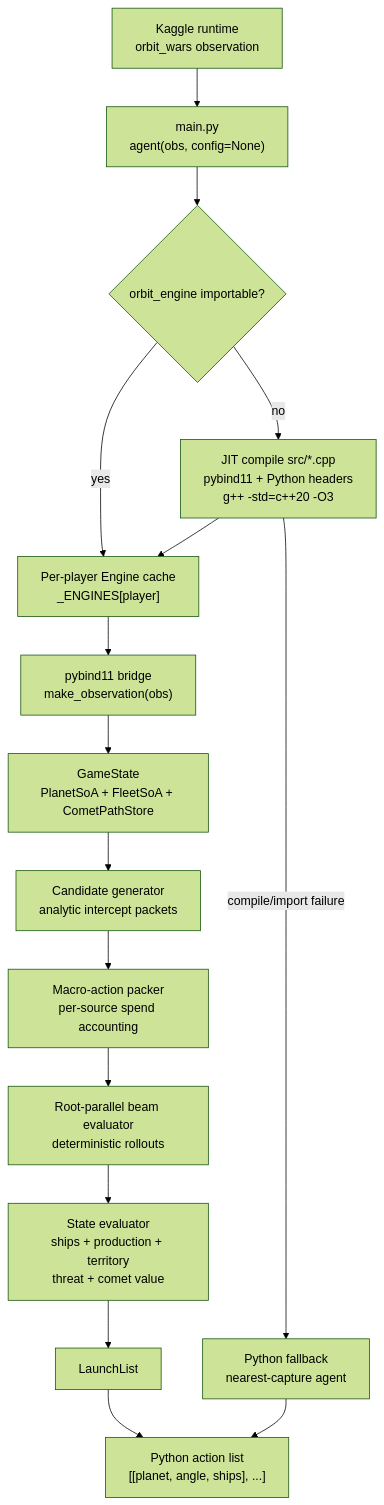
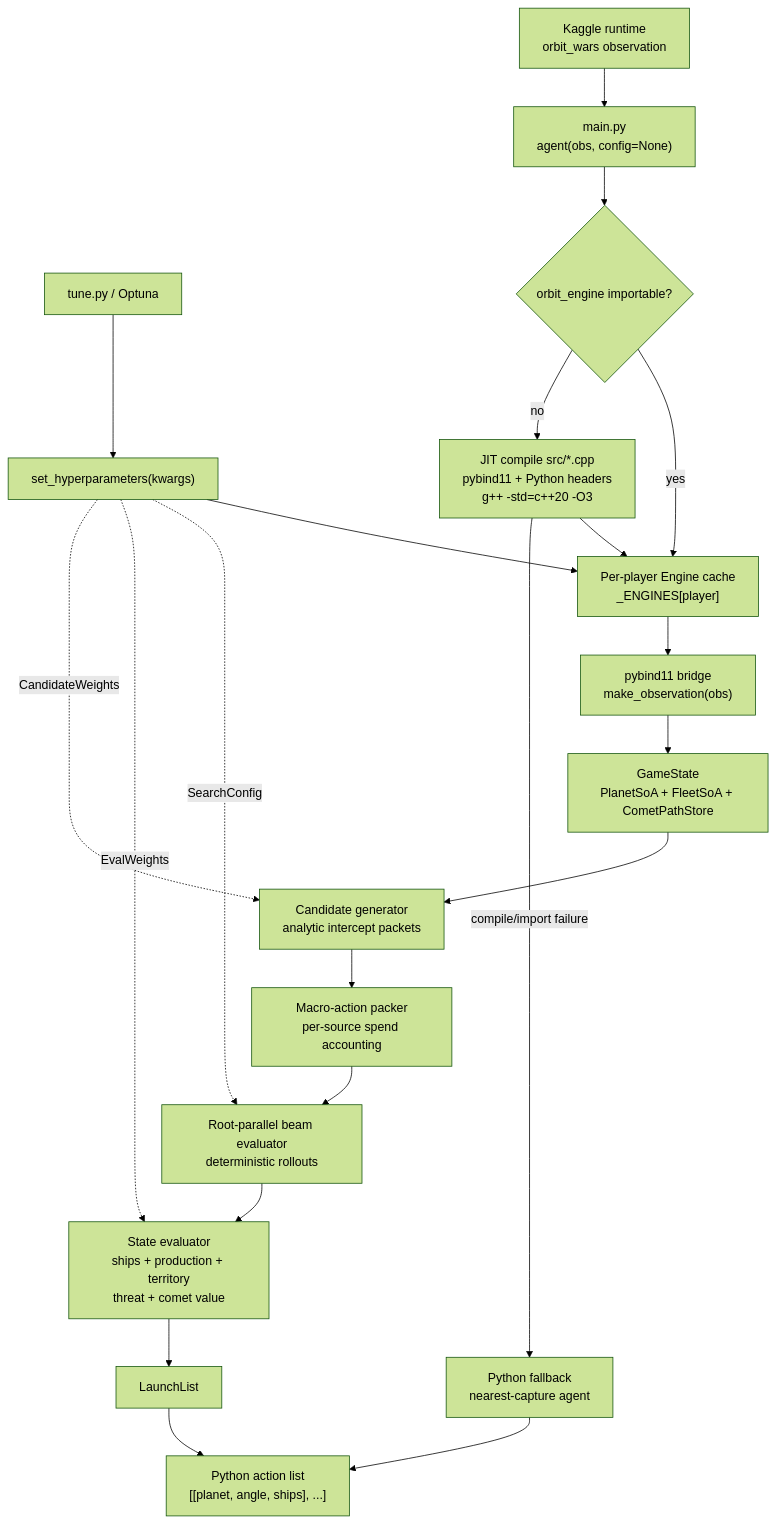
The first of 5 diagrams in README.md (emanuellcs/orbit-wars-beam-search), drawn with Mermaid (forest theme) before and after one commit. The commit also changed other lines of this file and 18 other files, not shown here.

````diff
--- a/README.md
+++ b/README.md
@@ -81,19 +84,24 @@
 ```mermaid
 flowchart TB
     Kaggle["Kaggle runtime<br/>orbit_wars observation"] --> Main["main.py<br/>agent(obs, config=None)"]
+    Tune["tune.py / Optuna"] --> SetHP["set_hyperparameters(kwargs)"]
+    SetHP --> Cache
     Main --> Import{"orbit_engine importable?"}
     Import -- yes --> Cache["Per-player Engine cache<br/>_ENGINES[player]"]
     Import -- no --> JIT["JIT compile src/*.cpp<br/>pybind11 + Python headers<br/>g++ -std=c++20 -O3"]
     JIT --> Cache
     JIT -- compile/import failure --> Fallback["Python fallback<br/>nearest-capture agent"]
 
     Cache --> Bridge["pybind11 bridge<br/>make_observation(obs)"]
     Bridge --> State["GameState<br/>PlanetSoA + FleetSoA + CometPathStore"]
     State --> Candidate["Candidate generator<br/>analytic intercept packets"]
     Candidate --> Macro["Macro-action packer<br/>per-source spend accounting"]
     Macro --> Search["Root-parallel beam evaluator<br/>deterministic rollouts"]
     Search --> Eval["State evaluator<br/>ships + production + territory<br/>threat + comet value"]
     Eval --> Actions["LaunchList"]
     Actions --> PythonList["Python action list<br/>[[planet, angle, ships], ...]"]
     Fallback --> PythonList
+    SetHP -. SearchConfig .-> Search
+    SetHP -. EvalWeights .-> Eval
+    SetHP -. CandidateWeights .-> Candidate
 ```
````
